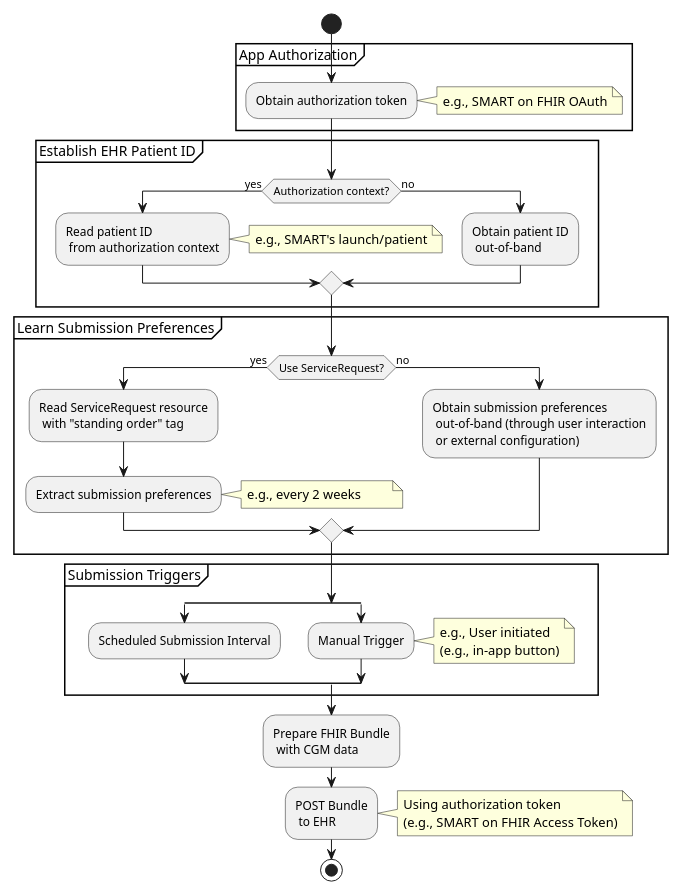
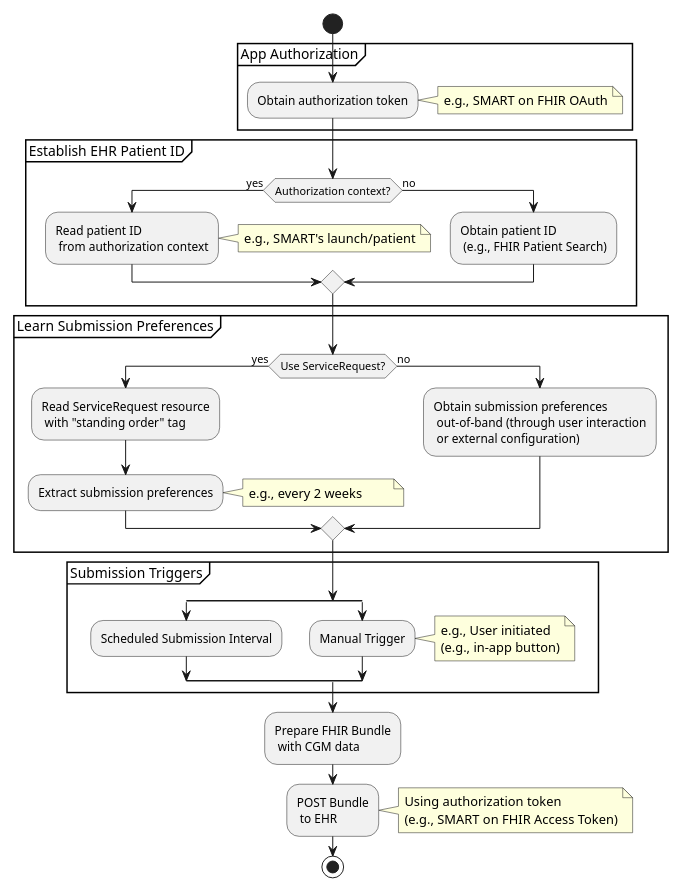
The diagram in input/images-source/flow.plantuml (HL7/cgm), drawn with PlantUML before and after one commit.

Commit message:
Fixes FHIR-50560: Clarify workflow diagram re FHIR Patient Search
- Updates flow.plantuml to explicitly mention "FHIR Patient Search"
  as an example method for obtaining Patient ID in the diagram.
- This aligns the diagram more closely with the detailed text in the
  Nominal Workflow section.
- Addresses questions about diagram borders (visual grouping) and
  the representation of FHIR Patient Search.

```diff
--- a/input/images-source/flow.plantuml
+++ b/input/images-source/flow.plantuml
@@ -1,66 +1,66 @@
 @startuml
 
 start
 scale 500 width
 
 
 partition "App Authorization" {
     :Obtain authorization token;
     note right
         e.g., SMART on FHIR OAuth
     end note
 }
 
 partition "Establish EHR Patient ID" {
     if (Authorization context?) then (yes)
         :Read patient ID
          from authorization context;
         note right
             e.g., SMART's launch/patient
         end note
     else (no)
         :Obtain patient ID
-         out-of-band;
+         (e.g., FHIR Patient Search);
     endif
 }
 
 partition "Learn Submission Preferences" {
     if (Use ServiceRequest?) then (yes)
         :Read ServiceRequest resource
          with "standing order" tag;
         :Extract submission preferences;
         note right
             e.g., every 2 weeks        
         end note
     else (no)
         :Obtain submission preferences
          out-of-band (through user interaction
          or external configuration);
     endif
 }
 
 partition "Submission Triggers" {
     split
         :Scheduled Submission Interval;
     split again
         :Manual Trigger;
         note right
             e.g., User initiated
             (e.g., in-app button)
         end note
     end split
 }
 
 :Prepare FHIR Bundle
  with CGM data;
  
 :POST Bundle
  to EHR;
 note right 
     Using authorization token
     (e.g., SMART on FHIR Access Token)
 end note
 
 stop
 
 @enduml
```
